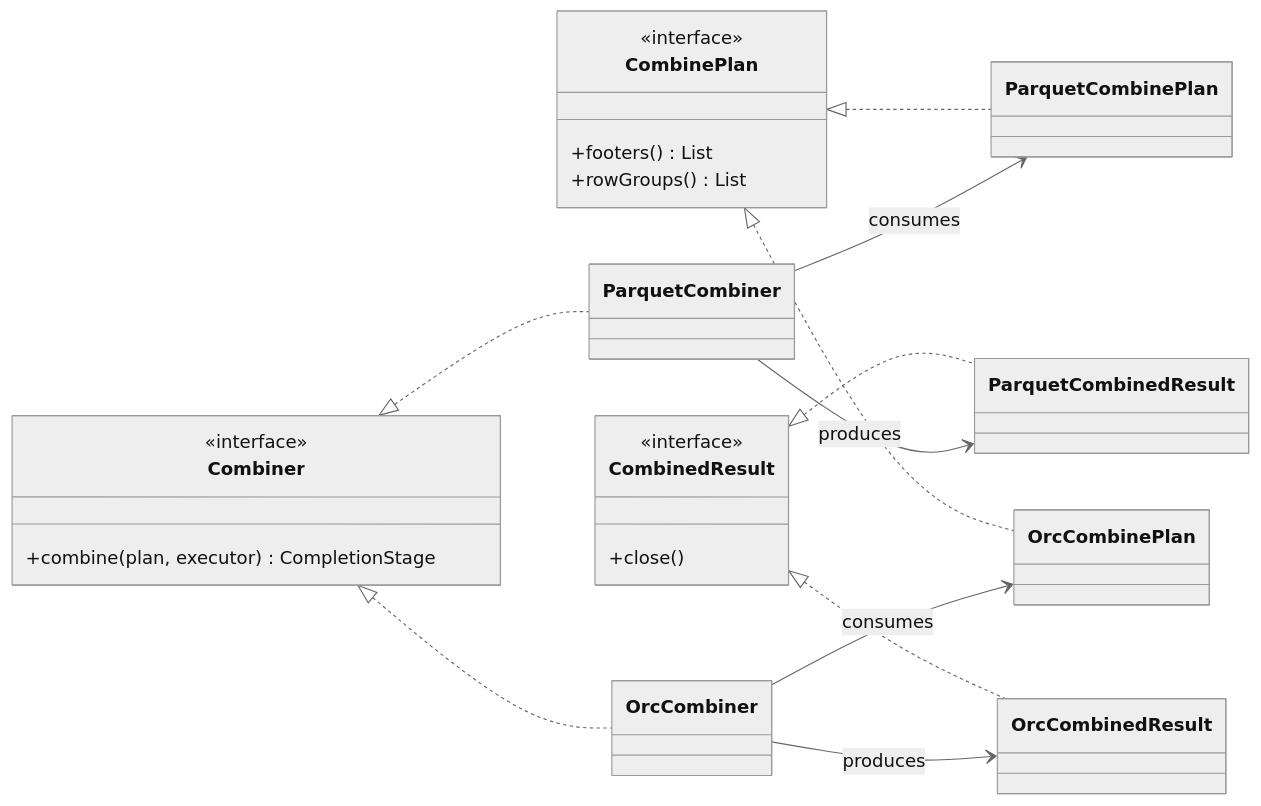
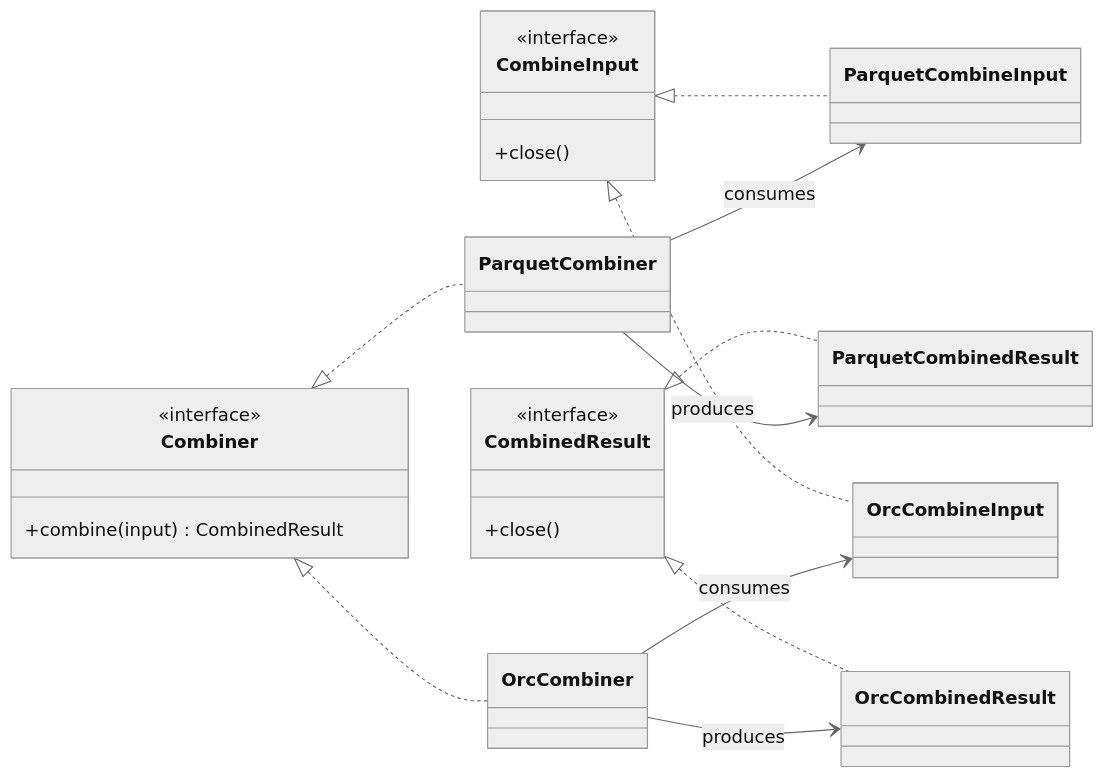
Before and after one commit to NVIDIA/cudf-spark: the fifth of 8 diagrams in docs/rfc/rapids_table_scan_v2/design.md, drawn with Mermaid (neutral theme). The commit also changed other lines of this file, not shown here.

````diff
--- a/docs/rfc/rapids_table_scan_v2/design.md
+++ b/docs/rfc/rapids_table_scan_v2/design.md
@@ -369,38 +508,37 @@
 ```mermaid
 classDiagram
   direction LR
 
   class Combiner {
     <<interface>>
-    +combine(plan, executor) CompletionStage
+    +combine(input) CombinedResult
   }
-  class CombinePlan {
+  class CombineInput {
     <<interface>>
-    +footers() List
-    +rowGroups() List
+    +close()
   }
   class CombinedResult {
     <<interface>>
     +close()
   }
 
   class ParquetCombiner
-  class ParquetCombinePlan
+  class ParquetCombineInput
   class ParquetCombinedResult
 
   class OrcCombiner
-  class OrcCombinePlan
+  class OrcCombineInput
   class OrcCombinedResult
 
   Combiner <|.. ParquetCombiner
   Combiner <|.. OrcCombiner
-  CombinePlan <|.. ParquetCombinePlan
-  CombinePlan <|.. OrcCombinePlan
+  CombineInput <|.. ParquetCombineInput
+  CombineInput <|.. OrcCombineInput
   CombinedResult <|.. ParquetCombinedResult
   CombinedResult <|.. OrcCombinedResult
 
-  ParquetCombiner --> ParquetCombinePlan : consumes
+  ParquetCombiner --> ParquetCombineInput : consumes
   ParquetCombiner --> ParquetCombinedResult : produces
-  OrcCombiner --> OrcCombinePlan : consumes
+  OrcCombiner --> OrcCombineInput : consumes
   OrcCombiner --> OrcCombinedResult : produces
 ```
````
